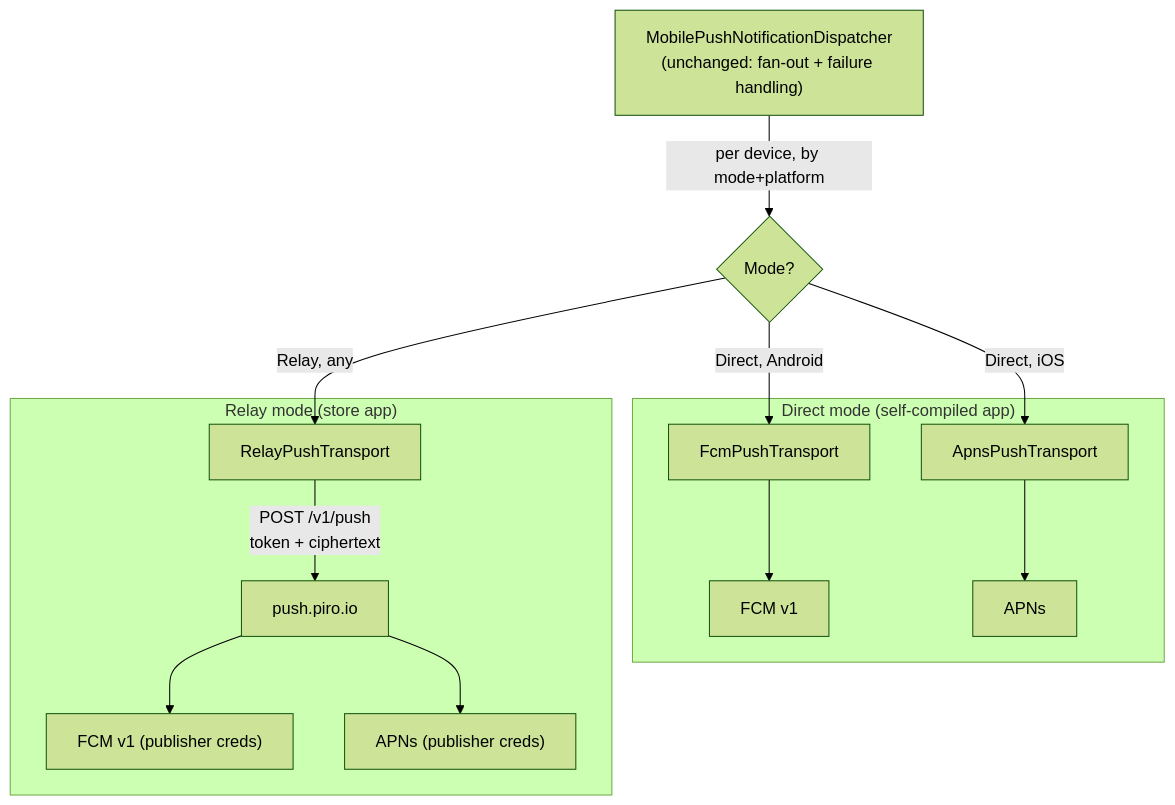
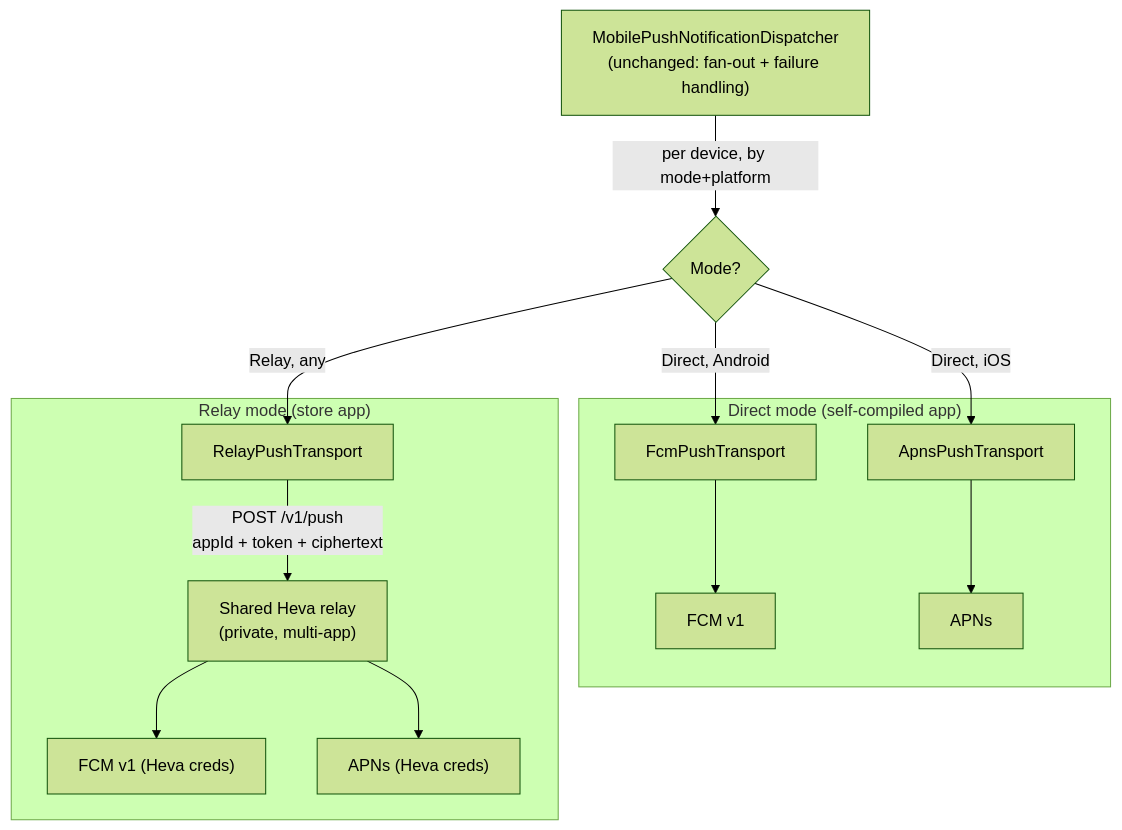
Before and after one commit to Heva-Co/piro: the first of 2 diagrams in docs/rfcs/0017-push-relay-server.md, drawn with Mermaid (forest theme). The commit also changed other lines of this file and 1 other file, not shown here.

First line of the commit message:
docs(rfc): reframe 0017 as client contract for a shared multi-app relay

````diff
--- a/docs/rfcs/0017-push-relay-server.md
+++ b/docs/rfcs/0017-push-relay-server.md
@@ -57,20 +60,20 @@
 ```mermaid
 flowchart TD
   D["MobilePushNotificationDispatcher<br/>(unchanged: fan-out + failure handling)"]
   D -->|per device, by mode+platform| SEL{"Mode?"}
 
   subgraph direct["Direct mode (self-compiled app)"]
     FCM["FcmPushTransport"] --> F["FCM v1"]
     APNS["ApnsPushTransport"] --> A["APNs"]
   end
 
   subgraph relay["Relay mode (store app)"]
-    R["RelayPushTransport"] -->|POST /v1/push<br/>token + ciphertext| PR["push.piro.io"]
-    PR --> PRF["FCM v1 (publisher creds)"]
-    PR --> PRA["APNs (publisher creds)"]
+    R["RelayPushTransport"] -->|POST /v1/push<br/>appId + token + ciphertext| PR["Shared Heva relay<br/>(private, multi-app)"]
+    PR --> PRF["FCM v1 (Heva creds)"]
+    PR --> PRA["APNs (Heva creds)"]
   end
 
   SEL -->|Direct, Android| FCM
   SEL -->|Direct, iOS| APNS
   SEL -->|Relay, any| R
 ```
````
